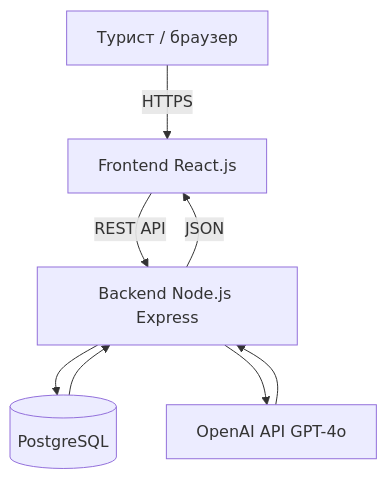
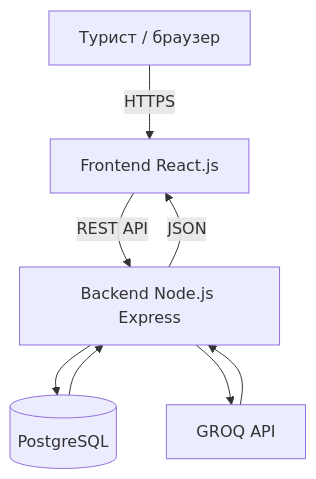
The diagram in docs/TECHNICAL_ANALYSIS.md (adoniiiii/Esal_Project), drawn with Mermaid before and after one commit.

````diff
--- a/docs/TECHNICAL_ANALYSIS.md
+++ b/docs/TECHNICAL_ANALYSIS.md
@@ -45,10 +45,10 @@
 ```mermaid
 graph TD
   U[Турист / браузер] -->|HTTPS| FE
   FE[Frontend React.js] -->|REST API| BE
   BE[Backend Node.js Express] --> DB[(PostgreSQL)]
-  BE --> AI[OpenAI API GPT-4o]
+  BE --> AI[GROQ API]
   DB --> BE
   AI --> BE
   BE -->|JSON| FE
 ```
````
